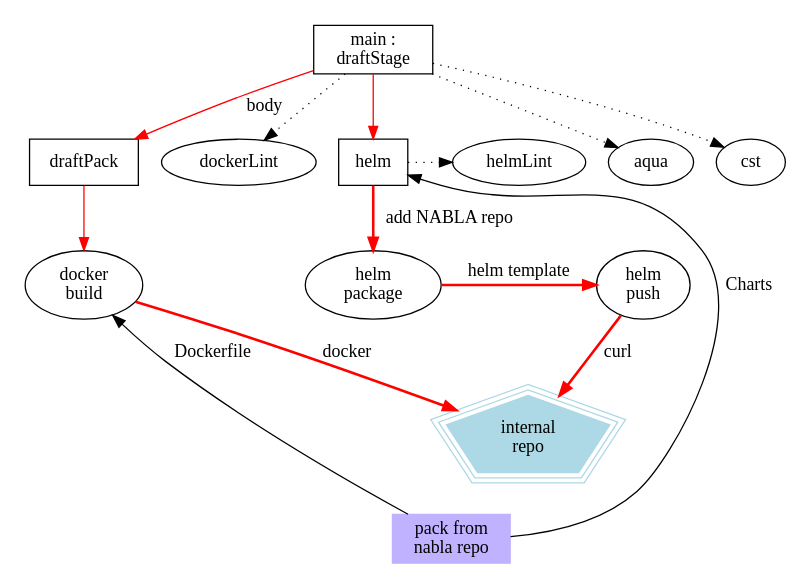
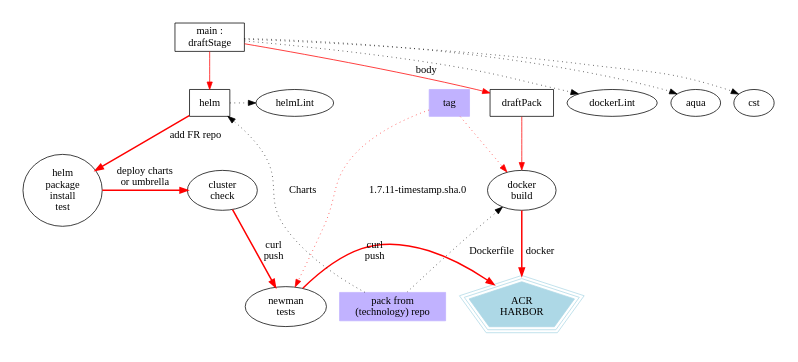
One commit to AlbanAndrieu/jenkins-pipeline-scripts changed the diagram in draftStage.gv. Above: the diagram before and after it, drawn with Graphviz. The commit also changed 61 other files, not shown here.

```diff
--- a/draftStage.gv
+++ b/draftStage.gv
@@ -1,40 +1,46 @@
 digraph G {
 size ="4,4";
 { rank = min; "main";}
 main [label="main :\ndraftStage", shape=box];
 { rank = same; "draftPack"; "dockerLint"; "helm"; "aqua"; "cst"; }
 //main -> {draftPack , dockerLint, helm, aqua, cst}
 main -> draftPack [label=" body", color=red];
 main -> dockerLint [style=dotted];
 draftPack [shape=box]; /* this is a comment */
 draftPack -> build [weight=8, color=red];
 subgraph cluster_1
   {
       aqua; cst;
   }
 main -> aqua [style=dotted];
 main -> cst [style=dotted];
 main -> helm [weight=8, color=red, rankdir=LR];
 { rank = same; "helm"; "helmLint"; }
 helm [shape=box];
 helm -> helmLint [style=dotted];
 subgraph cluster_2
   {
-      helmPackage; helmPush;
+      helmPackage; cluster;
   }
-helm -> helmPackage [weight=5, color=red, style=bold, label="add NABLA repo"]
-{ rank = same; "helmPackage"; "helmPush"; "build"; }
-helmPackage [label="helm\npackage"];
-helmPackage -> helmPush [color=red, style=bold, label="helm template"]
-helmPush [label="helm\npush"];
-helmPush -> push [color=red, style=bold,label="curl"]
-{ rank = sink; "repo";}
-repo -> build [label="Dockerfile"]
-repo -> helm [label="Charts"]
+helm -> helmPackage [weight=5, color=red, style=bold, label="add FR repo"]
+{ rank = same; "build"; "helmPackage"; "cluster";  }
+helmPackage [label="helm\npackage\ninstall\ntest"];
+helmPackage -> cluster [color=red, style=bold, label="deploy charts\n or umbrella"]
+cluster [label="cluster\ncheck"];
+cluster -> tests [color=red, style=bold,label="curl\npush"]
+{ rank = sink; "tests";}
+tests [label="newman\ntests"];
+tests -> push [color=red, style=bold,label="curl\npush"]
+{ rank = sink; "repo"; "push";}
+repo -> build [label="Dockerfile", style=dotted]
+repo -> helm [label="Charts", style=dotted]
 edge [color=red]; // so is this
 build -> push [style=bold,label="docker"];
 build [label="docker\nbuild"];
 node [shape=box,style=filled,color=".7 .3 1.0"];
-repo [label="pack from\nnabla repo", shape=box,style=filled,color=".7 .3 1.0"];
-push [label="internal\nrepo", shape=polygon,sides=5,peripheries=3,color=lightblue,style=filled];
+repo [label="pack from\n(technology) repo", shape=box,style=filled,color=".7 .3 1.0"];
+push [label="ACR\nHARBOR", shape=polygon,sides=5,peripheries=3,color=lightblue,style=filled];
+tag [label="tag", shape=box,style=filled,color=".7 .3 1.0"];
+tag -> build [label="", style=dotted]
+tag -> tests [label="1.7.11-timestamp.sha.0", style=dotted]
 }
```
